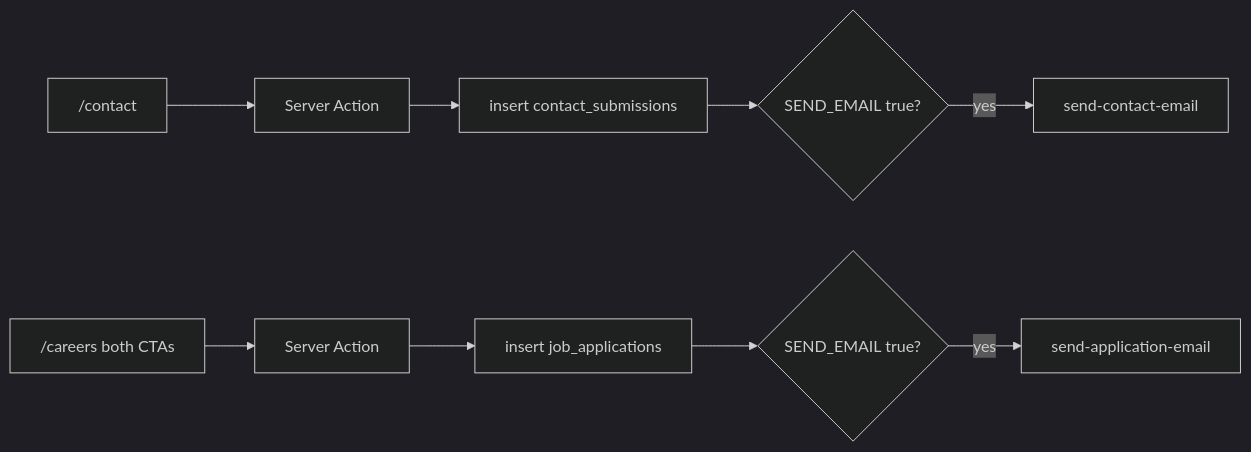
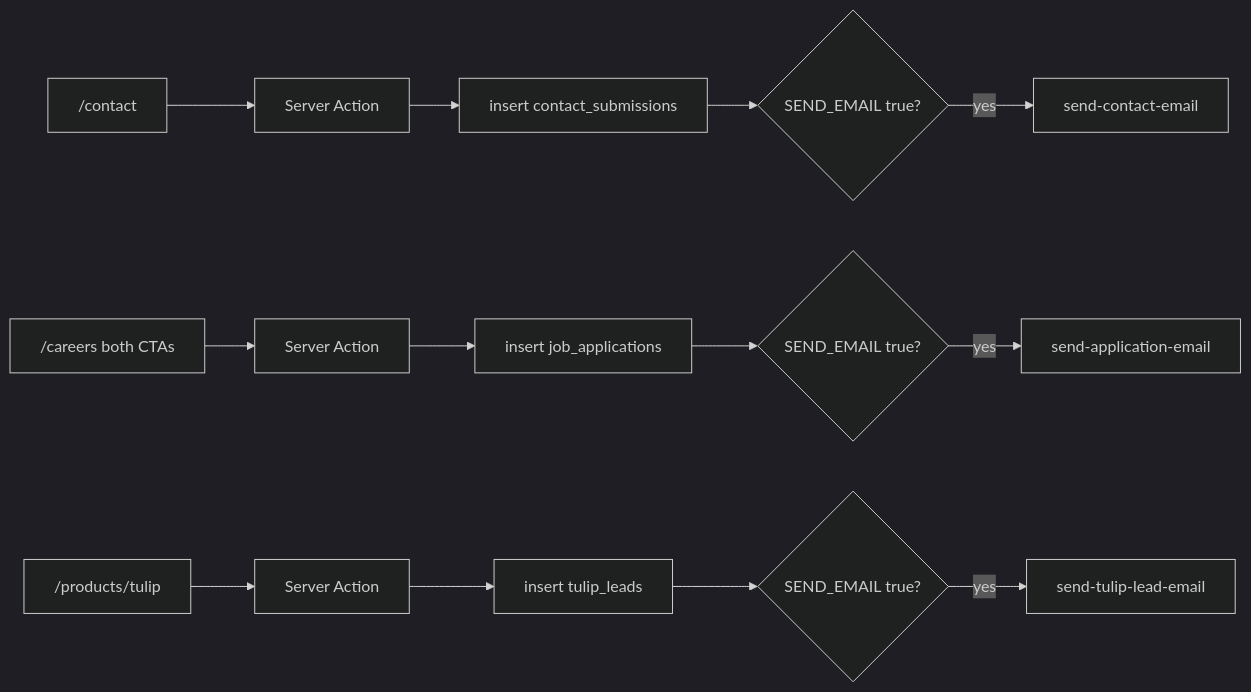
The diagram in doc/supabase.md (MargaritaSyd/OllyGarden), drawn with Mermaid (dark theme) before and after one commit. The commit also changed other lines of this file and 30 other files, not shown here.

````diff
--- a/doc/supabase.md
+++ b/doc/supabase.md
@@ -23,11 +23,15 @@
 ```mermaid
 flowchart LR
   Contact["/contact"] --> ActionC["Server Action"]
   ActionC --> InsertC["insert contact_submissions"]
   InsertC --> GateC{"SEND_EMAIL true?"}
   GateC -->|yes| FnC["send-contact-email"]
   Careers["/careers both CTAs"] --> ActionJ["Server Action"]
   ActionJ --> InsertJ["insert job_applications"]
   InsertJ --> GateJ{"SEND_EMAIL true?"}
   GateJ -->|yes| FnJ["send-application-email"]
+  Tulip["/products/tulip"] --> ActionT["Server Action"]
+  ActionT --> InsertT["insert tulip_leads"]
+  InsertT --> GateT{"SEND_EMAIL true?"}
+  GateT -->|yes| FnT["send-tulip-lead-email"]
 ```
````
